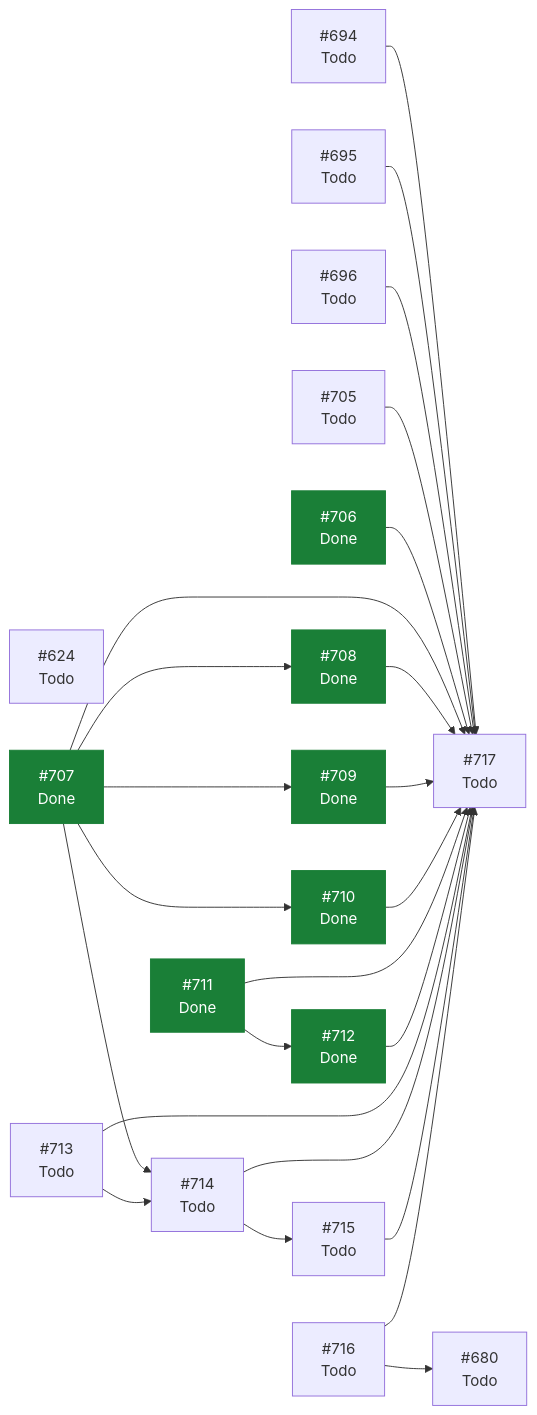
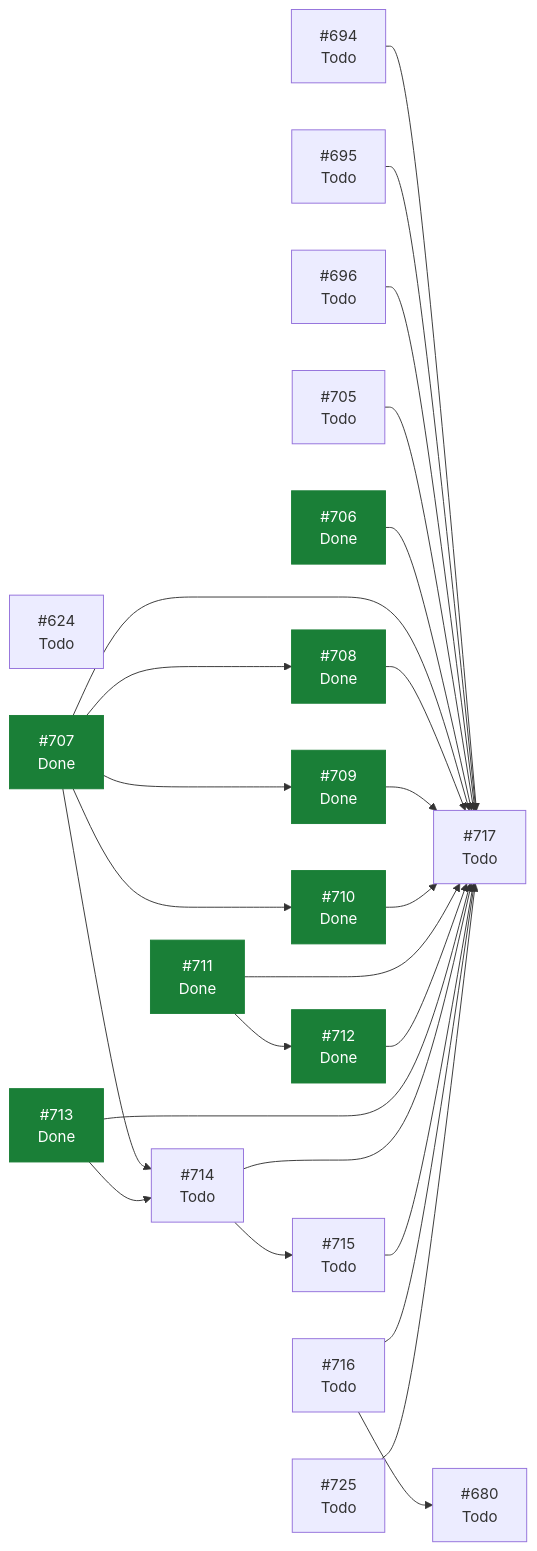
One commit to ecamp0s/evault changed the diagram in docs/planning/STATUS.md. Above: the diagram before and after it, drawn with Mermaid. The commit also changed other lines of this file, not shown here.

````diff
--- a/docs/planning/STATUS.md
+++ b/docs/planning/STATUS.md
@@ -109,46 +111,48 @@
 ```mermaid
 graph LR
   I624["#624<br/>Todo"]
   I680["#680<br/>Todo"]
   I694["#694<br/>Todo"]
   I695["#695<br/>Todo"]
   I696["#696<br/>Todo"]
   I705["#705<br/>Todo"]
   I706["#706<br/>Done"]
   I707["#707<br/>Done"]
   I708["#708<br/>Done"]
   I709["#709<br/>Done"]
   I710["#710<br/>Done"]
   I711["#711<br/>Done"]
   I712["#712<br/>Done"]
-  I713["#713<br/>Todo"]
+  I713["#713<br/>Done"]
   I714["#714<br/>Todo"]
   I715["#715<br/>Todo"]
   I716["#716<br/>Todo"]
   I717["#717<br/>Todo"]
+  I725["#725<br/>Todo"]
   I694 --> I717
   I695 --> I717
   I696 --> I717
   I705 --> I717
   I706 --> I717
   I707 --> I708
   I707 --> I709
   I707 --> I710
   I707 --> I714
   I707 --> I717
   I708 --> I717
   I709 --> I717
   I710 --> I717
   I711 --> I712
   I711 --> I717
   I712 --> I717
   I713 --> I714
   I713 --> I717
   I714 --> I715
   I714 --> I717
   I715 --> I717
   I716 --> I680
   I716 --> I717
+  I725 --> I717
   classDef hecho fill:#1a7f37,stroke:#1a7f37,color:#fff;
-  class I706,I707,I708,I709,I710,I711,I712 hecho;
+  class I706,I707,I708,I709,I710,I711,I712,I713 hecho;
 ```
````
